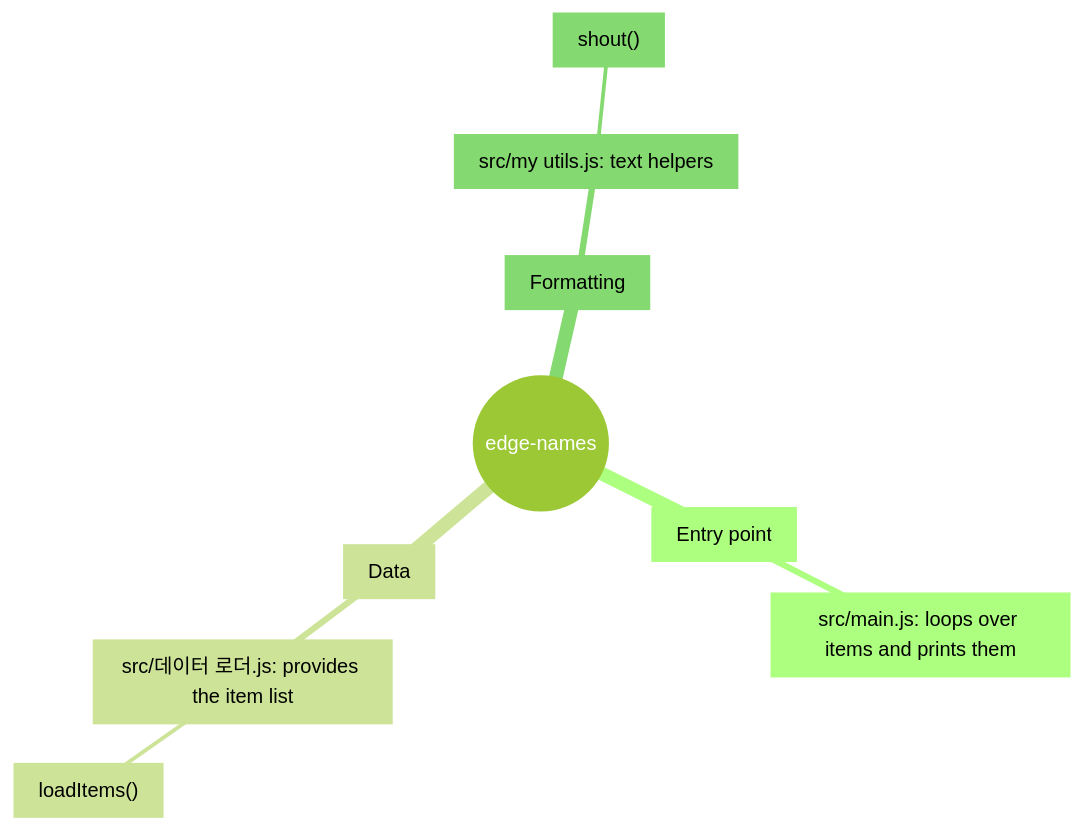
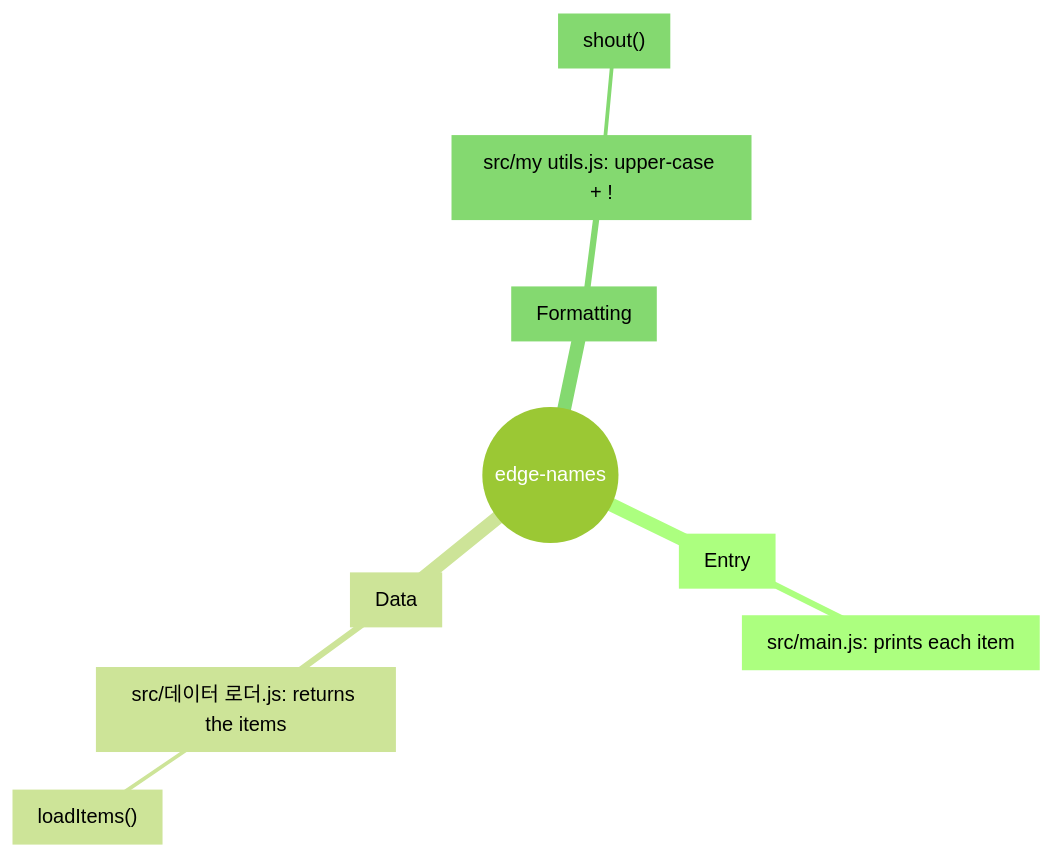
Before and after one commit to hxxnn/codemap: the diagram in examples/edge-names/docs/codemap/mindmap.md, drawn with Mermaid (forest theme). The commit also changed other lines of this file and 35 other files, not shown here.

First line of the commit message:
test: regenerate examples with the final diagram rules

````diff
--- a/examples/edge-names/docs/codemap/mindmap.md
+++ b/examples/edge-names/docs/codemap/mindmap.md
@@ -14,12 +14,12 @@
 ```mermaid
 mindmap
   root((edge-names))
-    a1["Entry point"]
-      a2["src/main.js: loops over items and prints them"]
+    a1["Entry"]
+      a2["src/main.js: prints each item"]
     a3["Data"]
-      a4["src/데이터 로더.js: provides the item list"]
+      a4["src/데이터 로더.js: returns the items"]
         a5["loadItems()"]
     a6["Formatting"]
-      a7["src/my utils.js: text helpers"]
+      a7["src/my utils.js: upper-case + !"]
         a8["shout()"]
 ```
````
